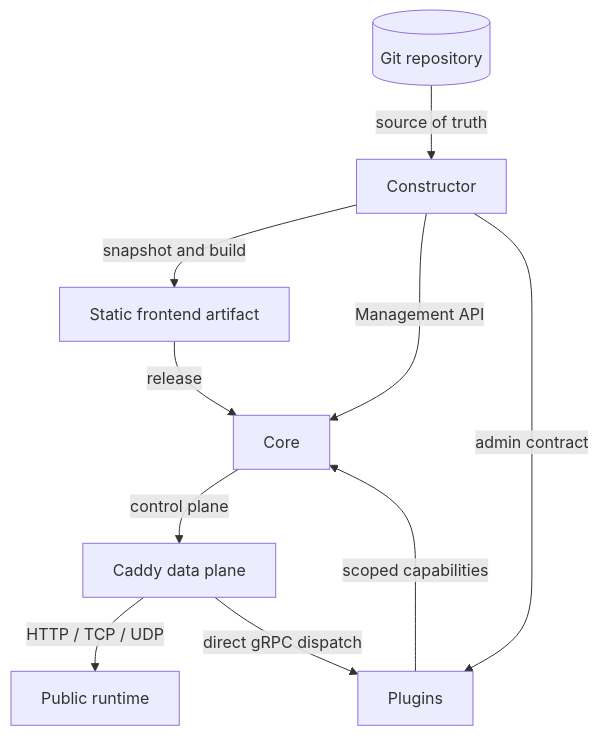
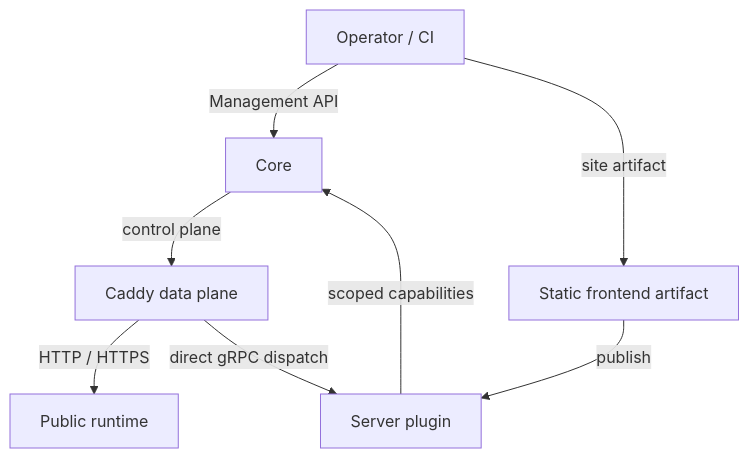
Before and after one commit to Liapoldus/liapoldus.github.io: the diagram in diagrams/ecosystem.mmd, drawn with Mermaid. The commit also changed 48 other files, not shown here.

```diff
--- a/diagrams/ecosystem.mmd
+++ b/diagrams/ecosystem.mmd
@@ -1,10 +1,8 @@
 flowchart TD
-  GIT[(Git repository)] -->|source of truth| C[Constructor]
-  C -->|snapshot and build| A[Static frontend artifact]
-  C -->|Management API| GW[Core]
-  C -->|admin contract| P[Plugins]
-  A -->|release| GW
+  OP[Operator / CI] -->|Management API| GW[Core]
+  OP -->|site artifact| A[Static frontend artifact]
+  A -->|publish| P[Server plugin]
   P -->|scoped capabilities| GW
   GW -->|control plane| CADDY[Caddy data plane]
-  CADDY -->|HTTP / TCP / UDP| R[Public runtime]
+  CADDY -->|HTTP / HTTPS| R[Public runtime]
   CADDY -->|direct gRPC dispatch| P
```
